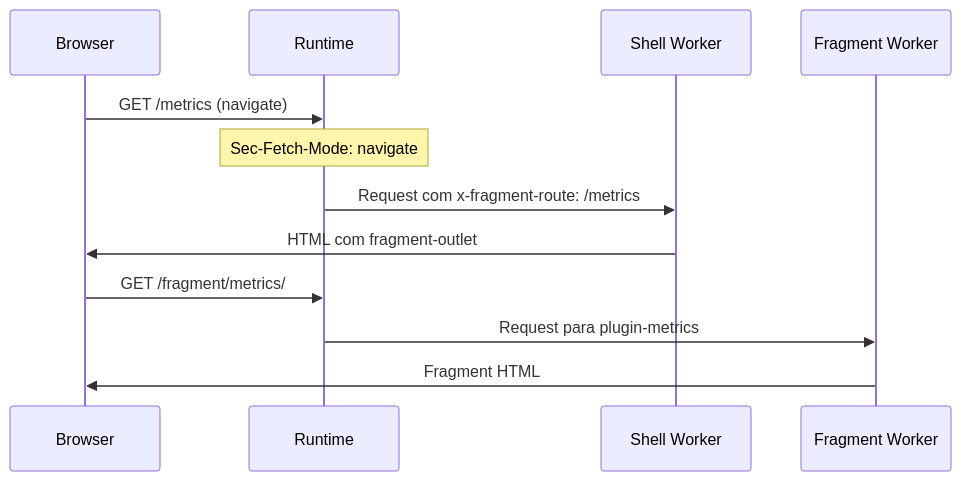
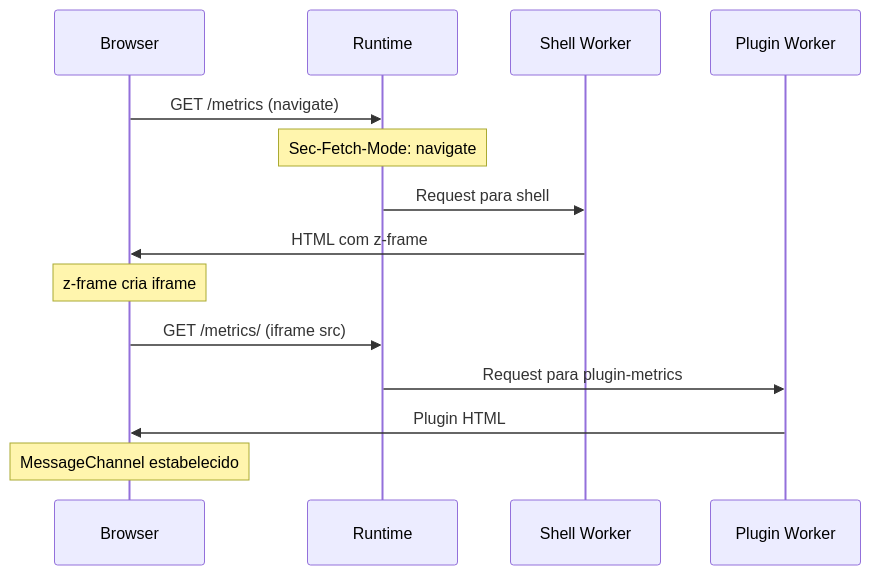
Before and after one commit to zommehq/buntime: the second of 4 diagrams in apps/runtime/docs/concepts/server-core.adoc, drawn with Mermaid. The commit also changed other lines of this file and 59 other files, not shown here.

```diff
--- a/apps/runtime/docs/concepts/server-core.adoc
+++ b/apps/runtime/docs/concepts/server-core.adoc
@@ -422,17 +420,19 @@
 [mermaid]
 ----
 sequenceDiagram
     participant B as Browser
     participant R as Runtime
     participant S as Shell Worker
-    participant F as Fragment Worker
+    participant P as Plugin Worker
 
     B->>R: GET /metrics (navigate)
     Note over R: Sec-Fetch-Mode: navigate
-    R->>S: Request com x-fragment-route: /metrics
-    S->>B: HTML com fragment-outlet
+    R->>S: Request para shell
+    S->>B: HTML com z-frame
 
-    B->>R: GET /fragment/metrics/
-    R->>F: Request para plugin-metrics
-    F->>B: Fragment HTML
+    Note over B: z-frame cria iframe
+    B->>R: GET /metrics/ (iframe src)
+    R->>P: Request para plugin-metrics
+    P->>B: Plugin HTML
+    Note over B: MessageChannel estabelecido
 ----
```
